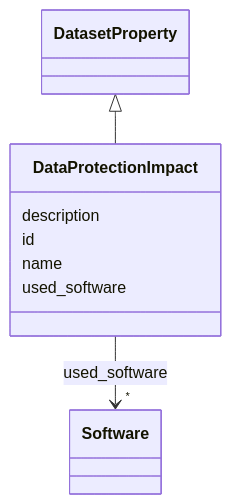
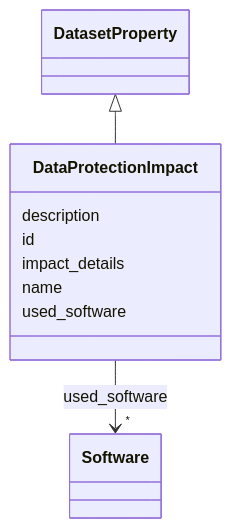
Before and after one commit to bridge2ai/data-sheets-schema: the diagram in docs/DataProtectionImpact.md, drawn with Mermaid. The commit also changed other lines of this file and 682 other files, not shown here.

````diff
--- a/docs/DataProtectionImpact.md
+++ b/docs/DataProtectionImpact.md
@@ -20,26 +20,28 @@
 ```mermaid
  classDiagram
     class DataProtectionImpact
     click DataProtectionImpact href "../DataProtectionImpact/"
       DatasetProperty <|-- DataProtectionImpact
         click DatasetProperty href "../DatasetProperty/"
       
       DataProtectionImpact : description
         
       DataProtectionImpact : id
+        
+      DataProtectionImpact : impact_details
         
       DataProtectionImpact : name
         
       DataProtectionImpact : used_software
         
           
     
         
         
         DataProtectionImpact --> "*" Software : used_software
         click Software href "../Software/"
     
 
         
       
 ```
````
